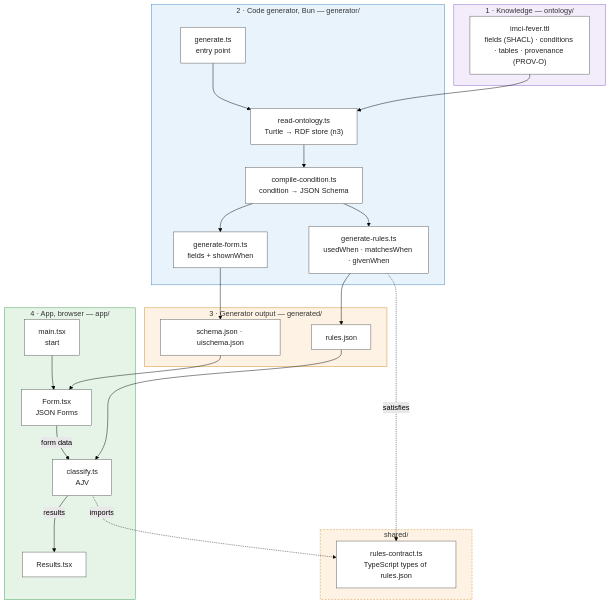
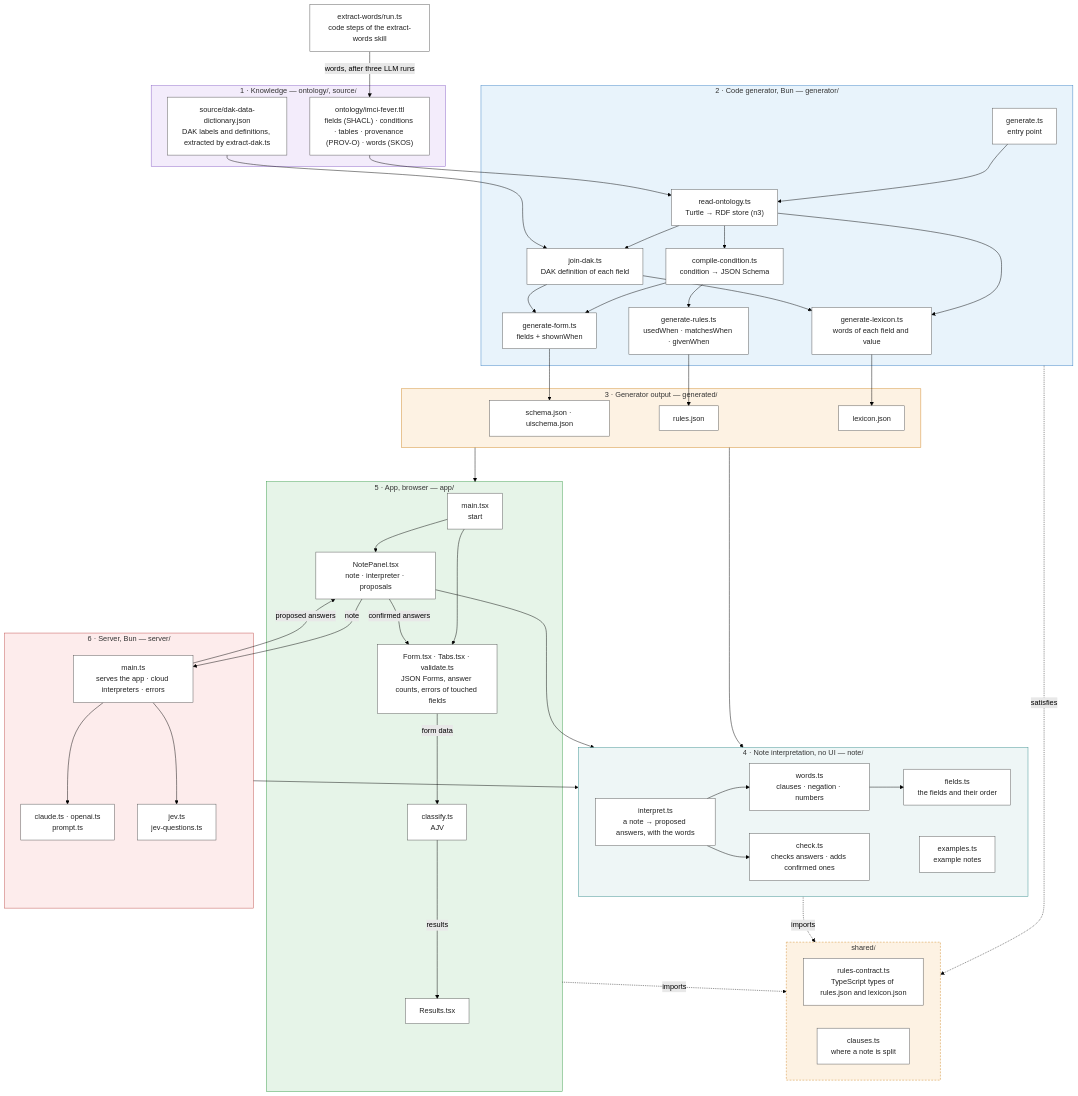
The first of 2 diagrams in imci-fever/README.md (almilo/software-that-knows), drawn with Mermaid (forest theme) before and after one commit. The commit also changed other lines of this file and 59 other files, not shown here.

````diff
--- a/imci-fever/README.md
+++ b/imci-fever/README.md
@@ -22,39 +28,67 @@
 ```mermaid
 flowchart TB
-  subgraph K["1 · Knowledge — ontology/"]
-    TTL["imci-fever.ttl<br/>fields (SHACL) · conditions · tables · provenance (PROV-O)"]
+  subgraph K["1 · Knowledge — ontology/, source/"]
+    TTL["ontology/imci-fever.ttl<br/>fields (SHACL) · conditions · tables · provenance (PROV-O) · words (SKOS)"]
+    DAKJ["source/dak-data-dictionary.json<br/>DAK labels and definitions, extracted by extract-dak.ts"]
   end
   subgraph G["2 · Code generator, Bun — generator/"]
     GEN["generate.ts<br/>entry point"] --> READ["read-ontology.ts<br/>Turtle → RDF store (n3)"]
     READ --> COND["compile-condition.ts<br/>condition → JSON Schema"]
     COND --> FORM["generate-form.ts<br/>fields + shownWhen"]
     COND --> RULES["generate-rules.ts<br/>usedWhen · matchesWhen · givenWhen"]
+    READ --> LEX["generate-lexicon.ts<br/>words of each field and value"]
+    READ --> JOIN["join-dak.ts<br/>DAK definition of each field"]
+    JOIN --> FORM
+    JOIN --> LEX
   end
   subgraph O["3 · Generator output — generated/"]
     JSON1["schema.json · uischema.json"]
     JSON2["rules.json"]
+    JSON3["lexicon.json"]
   end
   subgraph SH["shared/"]
-    CONTRACT["rules-contract.ts<br/>TypeScript types of rules.json"]
+    CONTRACT["rules-contract.ts<br/>TypeScript types of rules.json and lexicon.json"]
+    CLAUSES["clauses.ts<br/>where a note is split"]
   end
-  subgraph A["4 · App, browser — app/"]
-    MAIN["main.tsx<br/>start"] --> JF["Form.tsx<br/>JSON Forms"]
+  subgraph N["4 · Note interpretation, no UI — note/"]
+    INT["interpret.ts<br/>a note → proposed answers, with the words"] --> WORDS["words.ts<br/>clauses · negation · numbers"]
+    INT --> CHK["check.ts<br/>checks answers · adds confirmed ones"]
+    WORDS --> FLD["fields.ts<br/>the fields and their order"]
+    EX["examples.ts<br/>example notes"]
+  end
+  subgraph A["5 · App, browser — app/"]
+    MAIN["main.tsx<br/>start"] --> JF["Form.tsx · Tabs.tsx · validate.ts<br/>JSON Forms, answer counts, errors of touched fields"]
     JF -- "form data" --> CL["classify.ts<br/>AJV"]
     CL -- results --> RV["Results.tsx"]
+    MAIN --> NP["NotePanel.tsx<br/>note · interpreter · proposals"]
+    NP -- "confirmed answers" --> JF
   end
+  subgraph S["6 · Server, Bun — server/"]
+    SRV["main.ts<br/>serves the app · cloud interpreters · errors"] --> LLM["claude.ts · openai.ts<br/>prompt.ts"]
+    SRV --> JEV["jev.ts<br/>jev-questions.ts"]
+  end
+  EW["extract-words/run.ts<br/>code steps of the extract-words skill"] -- "words, after three LLM runs" --> TTL
   TTL --> READ
+  DAKJ --> JOIN
   FORM --> JSON1
   RULES --> JSON2
-  RULES -. "satisfies" .-> CONTRACT
-  CL -. "imports" .-> CONTRACT
-  JSON1 --> JF
-  JSON2 --> CL
-
+  LEX --> JSON3
+  G -. "satisfies" .-> SH
+  O --> N
+  O --> A
+  NP --> N
+  NP -- "note" --> SRV
+  SRV -- "proposed answers" --> NP
+  S --> N
+  A -. "imports" .-> SH
+  N -. "imports" .-> SH
   classDef box fill:#fff,stroke:#555,color:#222
-  class TTL,GEN,READ,COND,FORM,RULES,JSON1,JSON2,CONTRACT,MAIN,JF,CL,RV box
+  class EW,TTL,DAKJ,JOIN,GEN,READ,COND,FORM,RULES,LEX,JSON1,JSON2,JSON3,CONTRACT,CLAUSES,INT,WORDS,CHK,FLD,EX,MAIN,JF,CL,RV,NP,SRV,LLM,JEV box
   style K fill:#f3ecfb,stroke:#8a63c7
   style G fill:#e8f3fb,stroke:#3b82c4
   style O fill:#fdf2e3,stroke:#d08a2a
   style SH fill:#fdf2e3,stroke:#d08a2a,stroke-dasharray:4 3
+  style N fill:#eef6f6,stroke:#3a8f8f
   style A fill:#e6f4e8,stroke:#3a9d4a
+  style S fill:#fdecec,stroke:#c0504d
 ```
````
